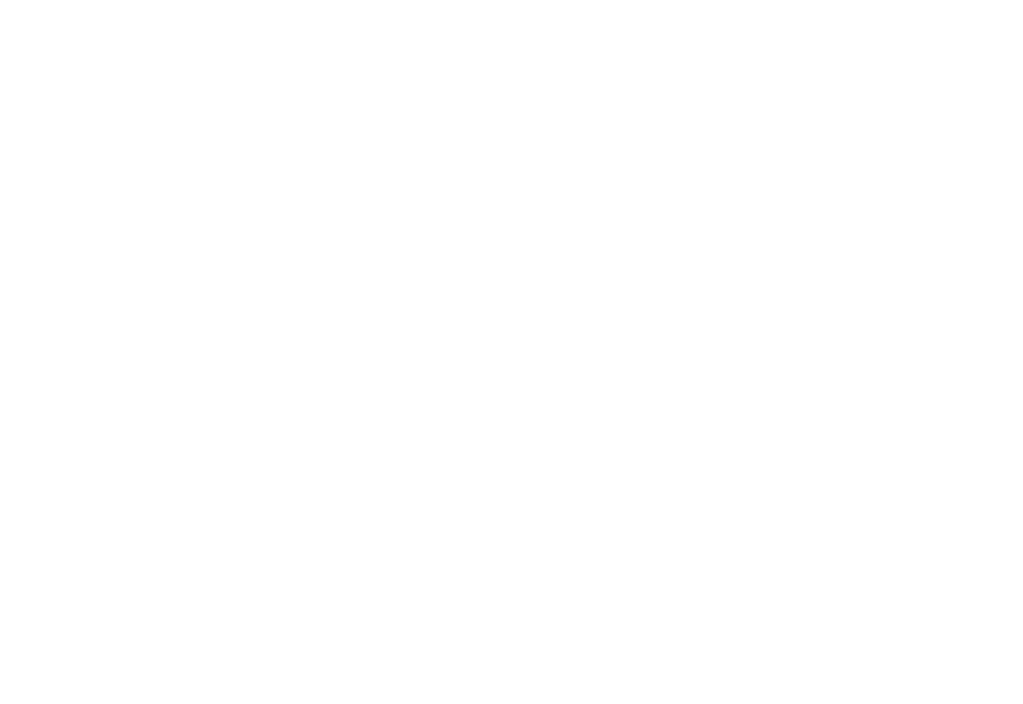
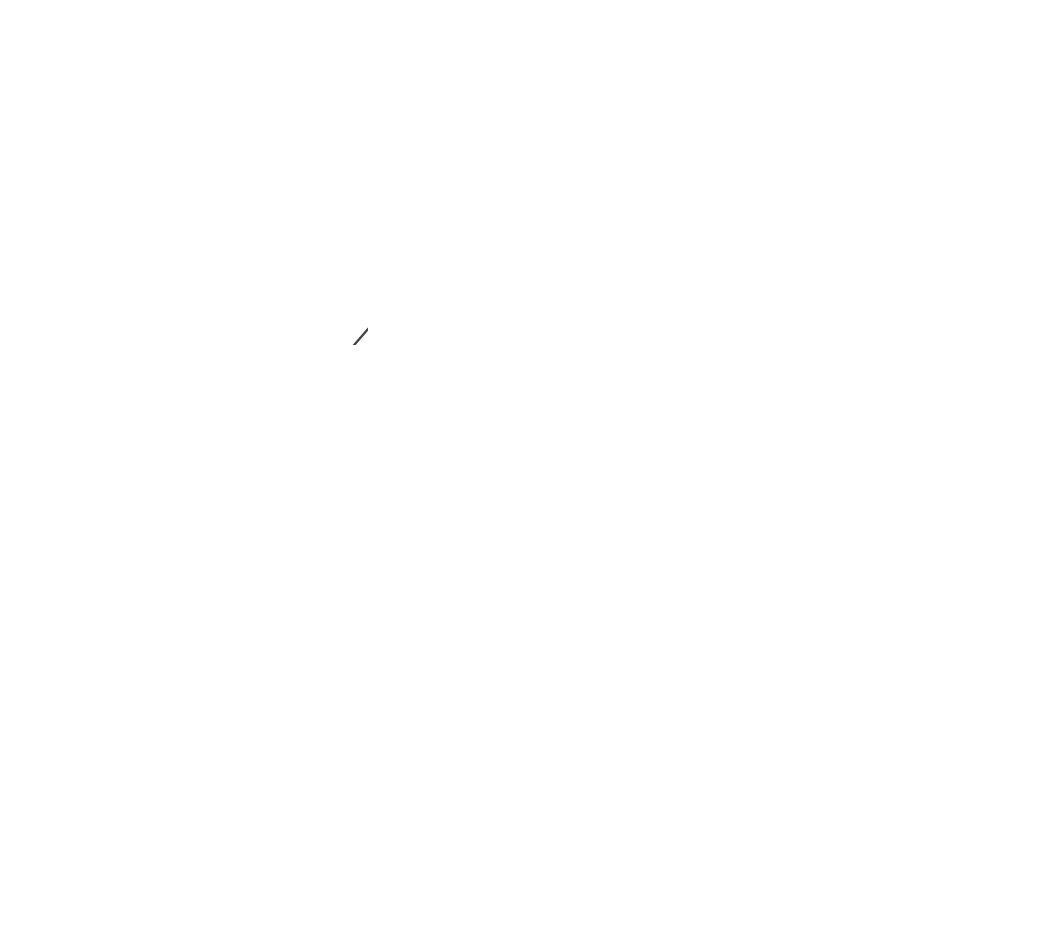
The first of 2 diagrams in docs/figures/10_appendix_f_entity_relationship.md (ciellamher/easylens), drawn with Graphviz before and after one commit. The commit also changed other lines of this file and 2 other files, not shown here.

Commit message:
docs(figures): add JOURNAL entity to Appendix F ERDs

````diff
--- a/docs/figures/10_appendix_f_entity_relationship.md
+++ b/docs/figures/10_appendix_f_entity_relationship.md
@@ -23,29 +23,33 @@
 ```dot
 graph F1 {
   graph [layout=neato, overlap=false, splines=true, dpi=220, pad=0.3, bgcolor=white, fontname="Helvetica"];
   node  [fontname="Helvetica", fontsize=12];
   edge  [fontname="Helvetica", fontsize=11, color="#444444", len=1.6];
 
   node [shape=box, style="filled,bold", fillcolor="#EEF3FB", color="#4C72B0", width=1.9, height=0.6];
   USER    [label="USER", pos="0,0!"];
-  CONTACT [label="EMERGENCY CONTACT", pos="5.2,2.2!"];
-  FACE    [label="REGISTERED FACE", pos="5.2,0.7!"];
-  DEST    [label="RECENT DESTINATION", pos="5.2,-0.8!"];
-  FB      [label="FEEDBACK", pos="5.2,-2.3!"];
+  CONTACT [label="EMERGENCY CONTACT", pos="5.2,3.0!"];
+  FACE    [label="REGISTERED FACE", pos="5.2,1.5!"];
+  DEST    [label="RECENT DESTINATION", pos="5.2,0!"];
+  FB      [label="FEEDBACK", pos="5.2,-1.5!"];
+  JOURNAL [label="JOURNAL", pos="5.2,-3.0!", style="filled,bold,dashed"];
 
   node [shape=diamond, style=filled, fillcolor="#FFF6E5", color="#DD8452", width=1.5, height=0.8, fontsize=11];
-  R1 [label="adds", pos="2.6,2.2!"];
-  R2 [label="registers", pos="2.6,0.7!"];
-  R3 [label="navigates to", pos="2.6,-0.8!"];
-  R4 [label="submits", pos="2.6,-2.3!"];
+  R1 [label="adds", pos="2.6,3.0!"];
+  R2 [label="registers", pos="2.6,1.5!"];
+  R3 [label="navigates to", pos="2.6,0!"];
+  R4 [label="submits", pos="2.6,-1.5!"];
+  R5 [label="talks to Buddy,\nlogged in", pos="2.6,-3.0!", width=1.9, height=1.0];
 
   USER -- R1 [headlabel="", taillabel="1", labeldistance=2.2];
   R1 -- CONTACT [headlabel="0..3", labeldistance=2.2];
   USER -- R2 [taillabel="1", labeldistance=2.2];
   R2 -- FACE [headlabel="0..N", labeldistance=2.2];
   USER -- R3 [taillabel="1", labeldistance=2.2];
   R3 -- DEST [headlabel="0..N", labeldistance=2.2];
   USER -- R4 [taillabel="1", labeldistance=2.2];
   R4 -- FB [headlabel="0..N", labeldistance=2.2];
+  USER -- R5 [taillabel="1", labeldistance=2.2, style=dashed];
+  R5 -- JOURNAL [headlabel="0..N", labeldistance=2.2, style=dashed];
 }
 ```
````
